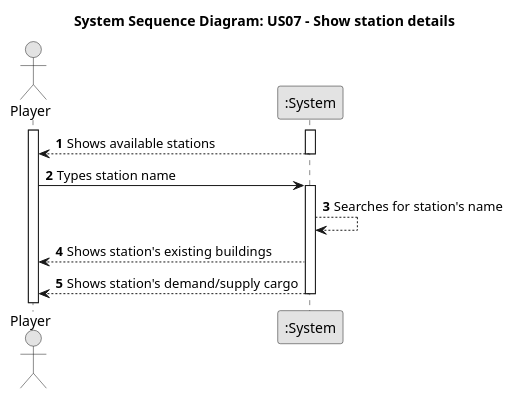
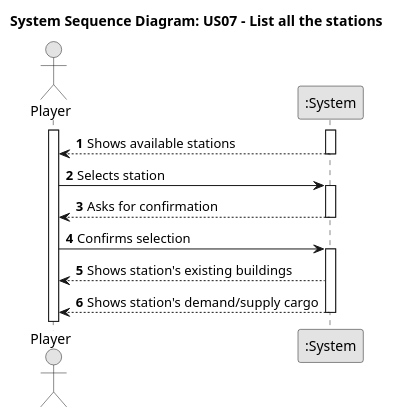
The diagram in docs/system-documentation/Sprint 1/US07/01.requirements-engineering/puml/US007-SSD.puml (HenriqueSilva18/Railway-Network-Simulator), drawn with PlantUML before and after one commit. The commit also changed 9 other files, not shown here.

Commit message:
US07 & US03 - Fixing SSD Diagram Names, Changing Logic in SSD US07 and Fixing requirements md files #3 #7

```diff
--- a/docs/system-documentation/Sprint 1/US07/01.requirements-engineering/puml/US007-SSD.puml
+++ b/docs/system-documentation/Sprint 1/US07/01.requirements-engineering/puml/US007-SSD.puml
@@ -1,29 +1,32 @@
 @startuml
-title System Sequence Diagram: US07 - Show station details
+title System Sequence Diagram: US07 - List all the stations
 skinparam monochrome true
 skinparam packageStyle rectangle
 skinparam shadowing false
 
 autonumber
 
 actor "Player" as Player
 participant ":System" as System
 
 activate Player
 activate System
 
     System --> Player : Shows available stations
     deactivate System
 
-    Player -> System : Types station name
+    Player -> System : Selects station
     activate System
-    System --> System : Searches for station's name
+    System --> Player : Asks for confirmation
+    deactivate System
+    Player -> System : Confirms selection
+    activate System
     System --> Player : Shows station's existing buildings
     System --> Player : Shows station's demand/supply cargo
     deactivate System
 
 
     deactivate System
 
 
 @enduml
```
